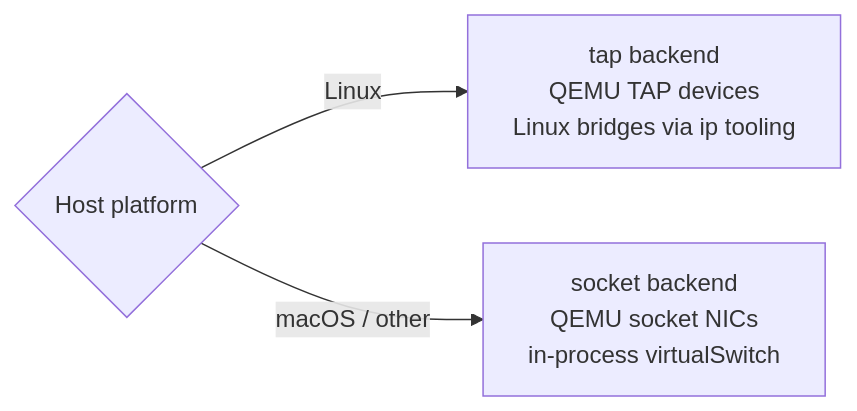
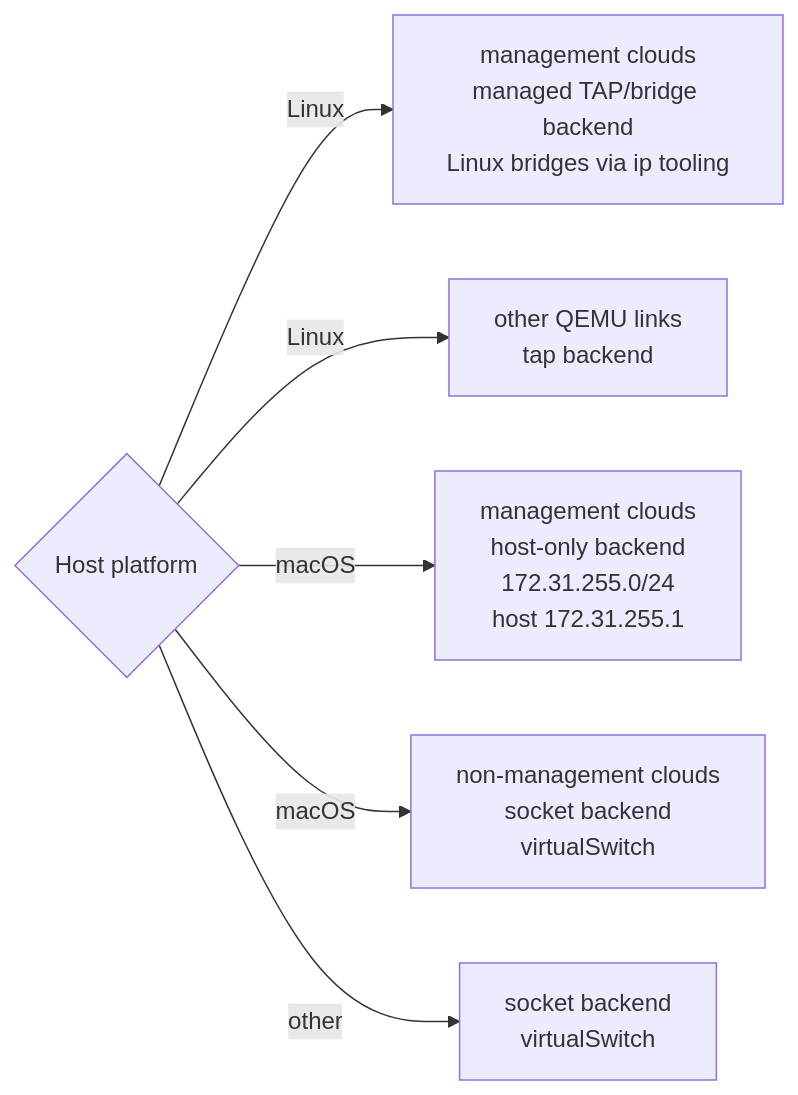
Before and after one commit to Cass67/networkchum: the seventh of 7 diagrams in docs/architecture.md, drawn with Mermaid. The commit also changed other lines of this file and 2 other files, not shown here.

Commit message:
docs: describe macos management cloud behavior

````diff
--- a/docs/architecture.md
+++ b/docs/architecture.md
@@ -399,6 +399,9 @@
 ```mermaid
 flowchart LR
   Host{"Host platform"}
-  Host -->|Linux| Tap["tap backend<br/>QEMU TAP devices<br/>Linux bridges via ip tooling"]
-  Host -->|macOS / other| Socket["socket backend<br/>QEMU socket NICs<br/>in-process virtualSwitch"]
+  Host -->|Linux| LinuxMgmt["management clouds<br/>managed TAP/bridge backend<br/>Linux bridges via ip tooling"]
+  Host -->|Linux| LinuxOther["other QEMU links<br/>tap backend"]
+  Host -->|macOS| MacMgmt["management clouds<br/>host-only backend<br/>172.31.255.0/24<br/>host 172.31.255.1"]
+  Host -->|macOS| MacOther["non-management clouds<br/>socket backend<br/>virtualSwitch"]
+  Host -->|other| Other["socket backend<br/>virtualSwitch"]
 ```
````
